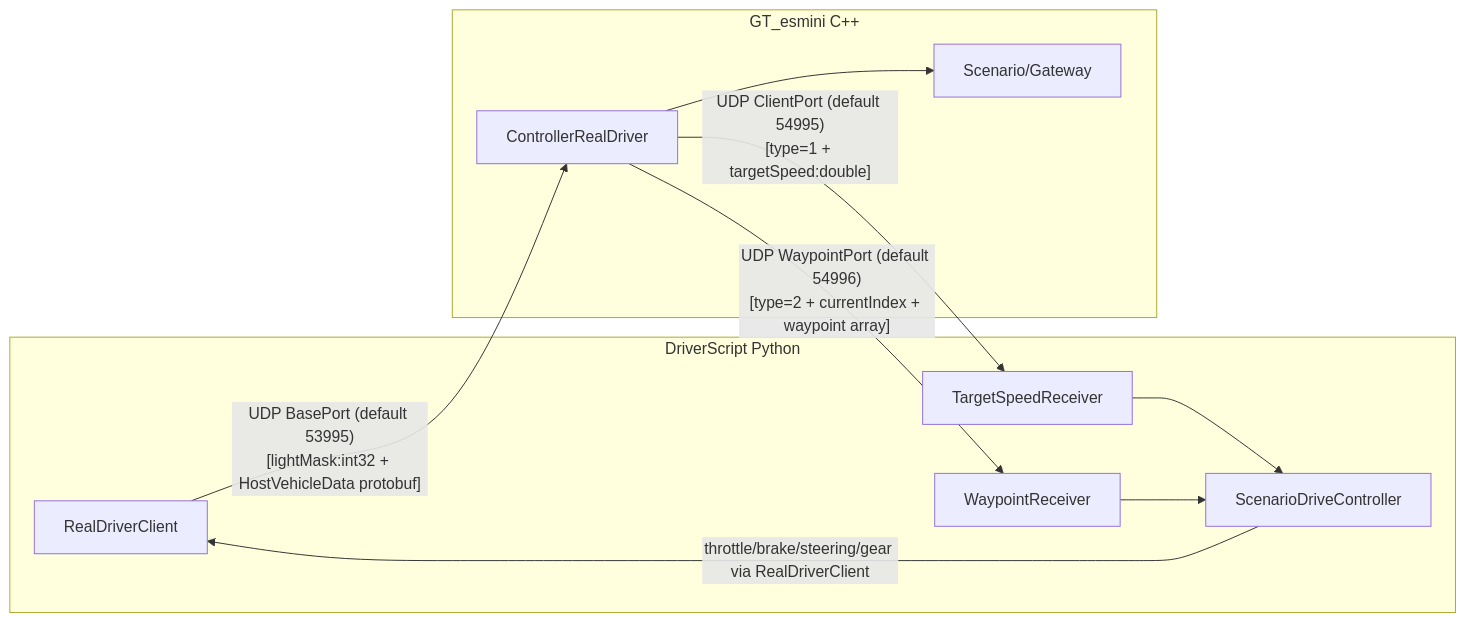
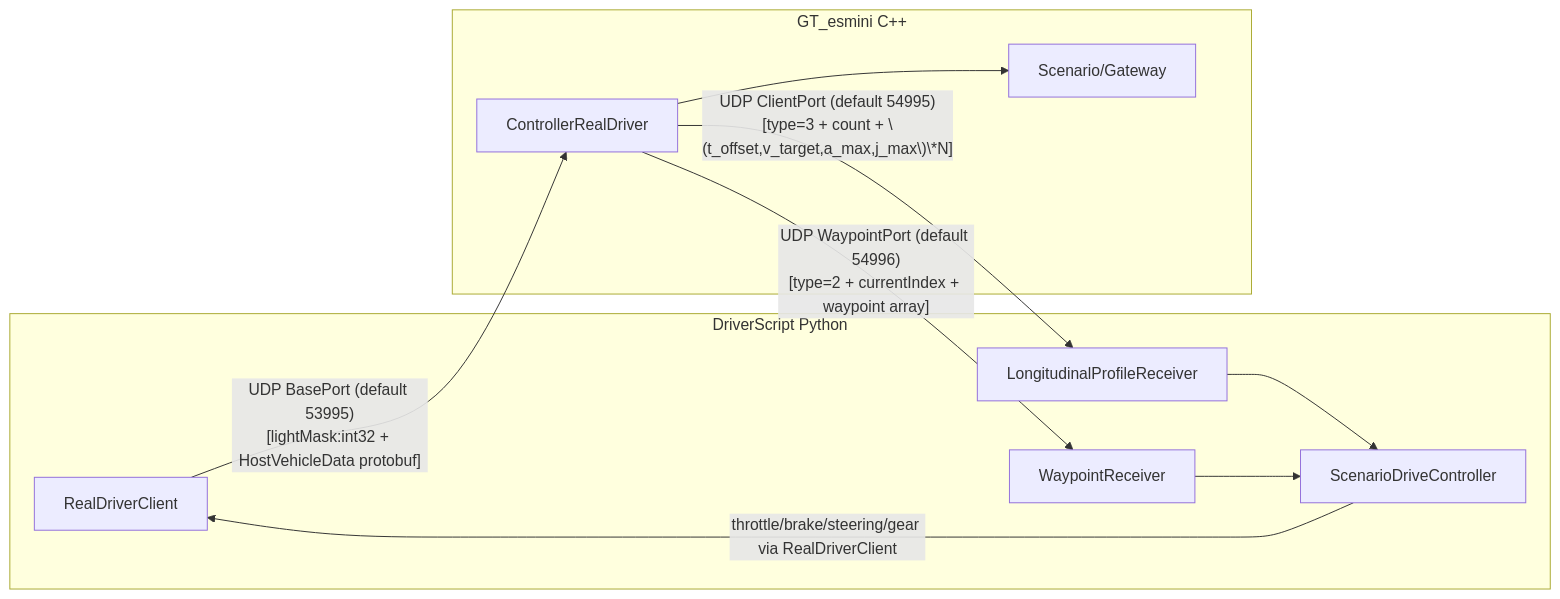
Before and after one commit to GT-karny/esmini: the ninth of 10 diagrams in GT_esmini/docs/controller_real_driver_logic.md, drawn with Mermaid. The commit also changed other lines of this file and 38 other files, not shown here.

````diff
--- a/GT_esmini/docs/controller_real_driver_logic.md
+++ b/GT_esmini/docs/controller_real_driver_logic.md
@@ -215,22 +215,22 @@
 ```mermaid
 flowchart LR
     subgraph PY[DriverScript Python]
         RC[RealDriverClient]
         SR[ScenarioDriveController]
-        TSR[TargetSpeedReceiver]
+        TSR[LongitudinalProfileReceiver]
         WPR[WaypointReceiver]
     end
 
     subgraph CPP[GT_esmini C++]
         CRD[ControllerRealDriver]
         SG[Scenario/Gateway]
     end
 
     RC -- "UDP BasePort (default 53995)\n[lightMask:int32 + HostVehicleData protobuf]" --> CRD
-    CRD -- "UDP ClientPort (default 54995)\n[type=1 + targetSpeed:double]" --> TSR
+    CRD -- "UDP ClientPort (default 54995)\n[type=3 + count + \(t_offset,v_target,a_max,j_max\)\*N]" --> TSR
     CRD -- "UDP WaypointPort (default 54996)\n[type=2 + currentIndex + waypoint array]" --> WPR
     TSR --> SR
     WPR --> SR
     SR -- "throttle/brake/steering/gear via RealDriverClient" --> RC
     CRD --> SG
 ```
````
